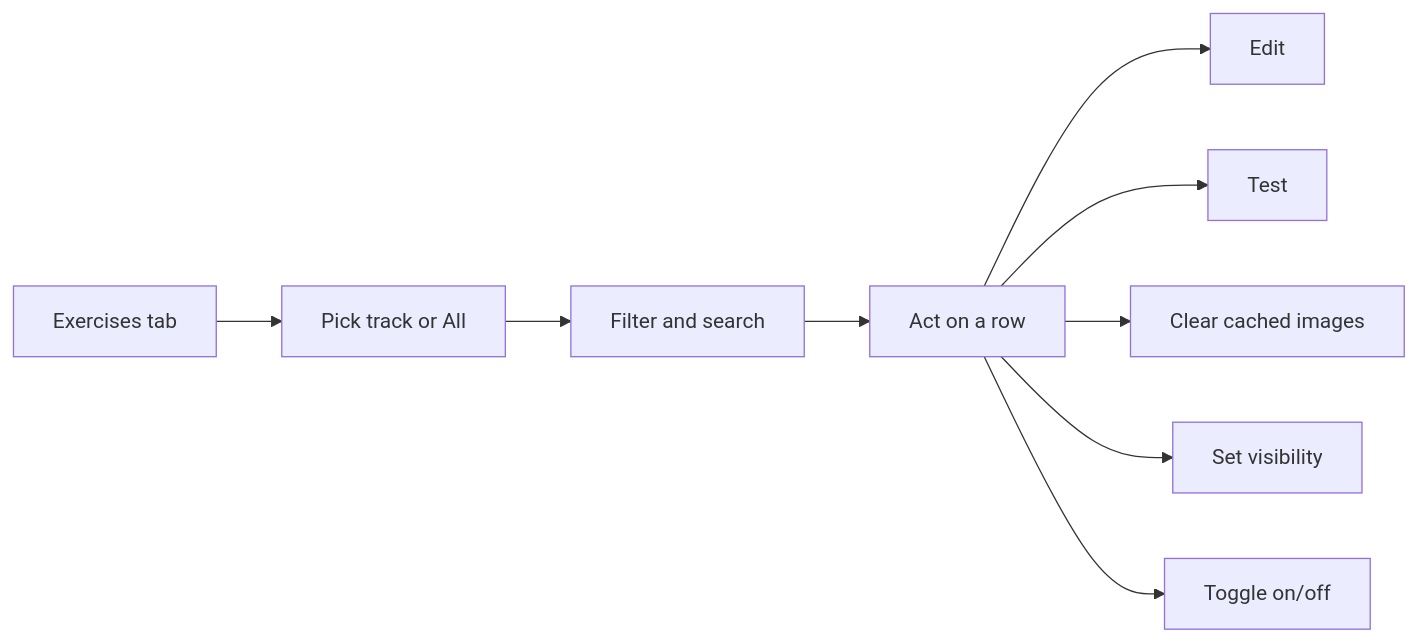
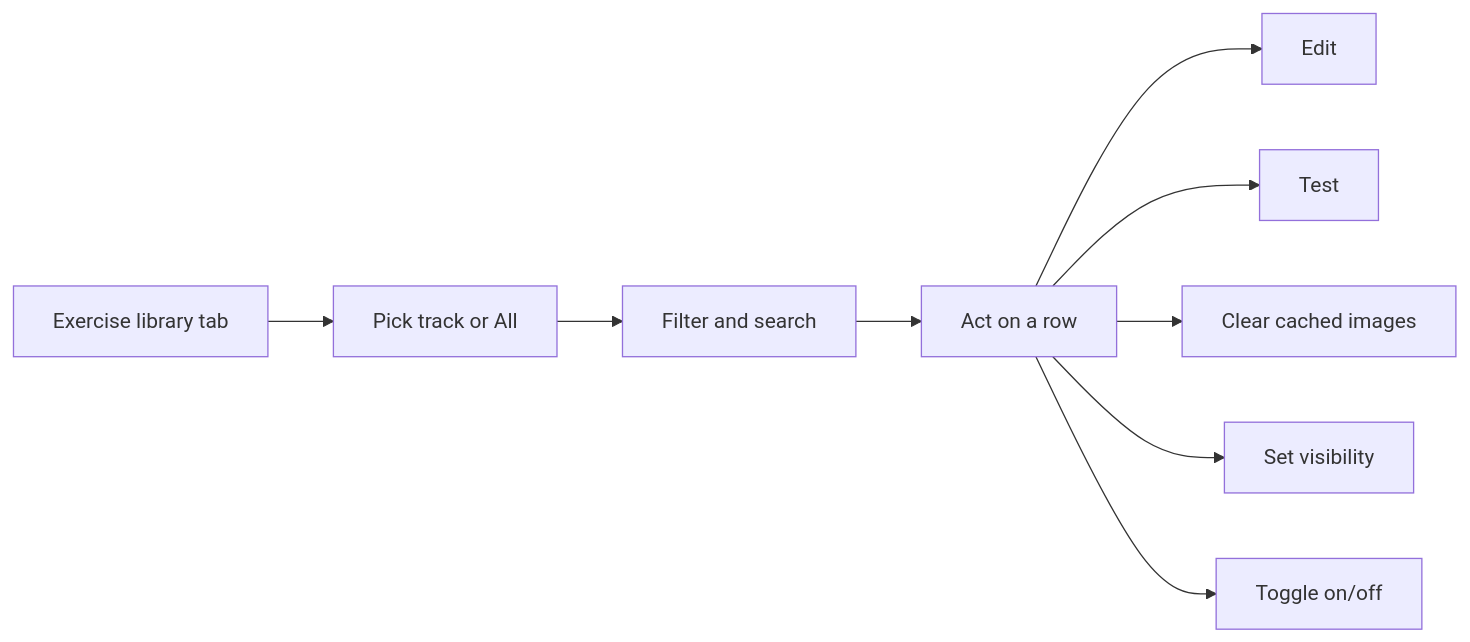
One commit to RobChaykoski/opencyberrange changed the diagram in Manual-Lite/04_Admin_Guide/08_Managing_Labs.md. Above: the diagram before and after it, drawn with Mermaid. The commit also changed other lines of this file and 62 other files, not shown here.

````diff
--- a/Manual-Lite/04_Admin_Guide/08_Managing_Labs.md
+++ b/Manual-Lite/04_Admin_Guide/08_Managing_Labs.md
@@ -71,11 +71,11 @@
 ```mermaid
 flowchart LR
-  S[Exercises tab] --> T[Pick track or All]
+  S[Exercise library tab] --> T[Pick track or All]
   T --> F[Filter and search]
   F --> A[Act on a row]
   A --> E[Edit]
   A --> Q[Test]
   A --> C[Clear cached images]
   A --> V[Set visibility]
   A --> G[Toggle on/off]
 ```
````
